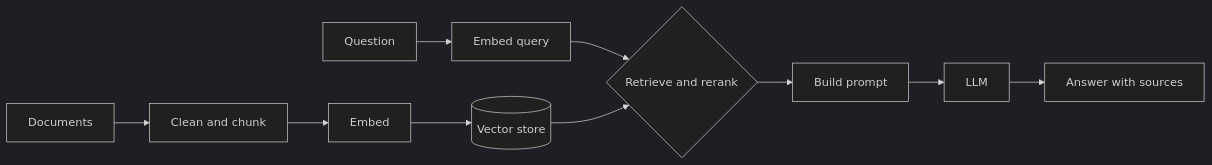
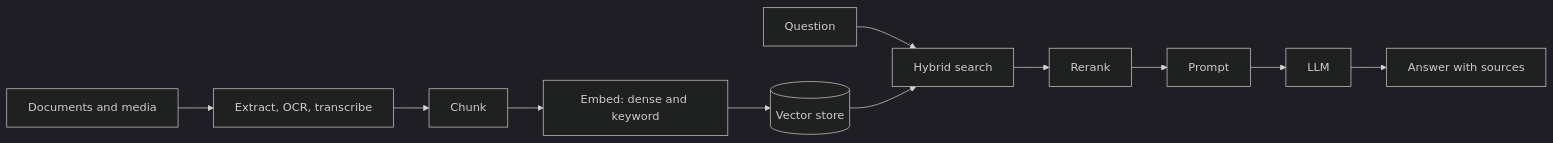
The diagram in README.md (mishrapeeyush/mishrapeeyush), drawn with Mermaid (dark theme) before and after one commit. The commit also changed other lines of this file, not shown here.

````diff
--- a/README.md
+++ b/README.md
@@ -45,12 +41,13 @@
 ```mermaid
 flowchart LR
-    A[Documents] --> B[Clean and chunk]
-    B --> C[Embed]
-    C --> D[(Vector store)]
-    Q[Question] --> E[Embed query]
-    E --> F{Retrieve and rerank}
-    D --> F
-    F --> G[Build prompt]
-    G --> H[LLM]
-    H --> I[Answer with sources]
+    A[Documents and media] --> B[Extract, OCR, transcribe]
+    B --> C[Chunk]
+    C --> D[Embed: dense and keyword]
+    D --> E[(Vector store)]
+    Q[Question] --> F[Hybrid search]
+    E --> F
+    F --> G[Rerank]
+    G --> H[Prompt]
+    H --> I[LLM]
+    I --> J[Answer with sources]
 ```
````
